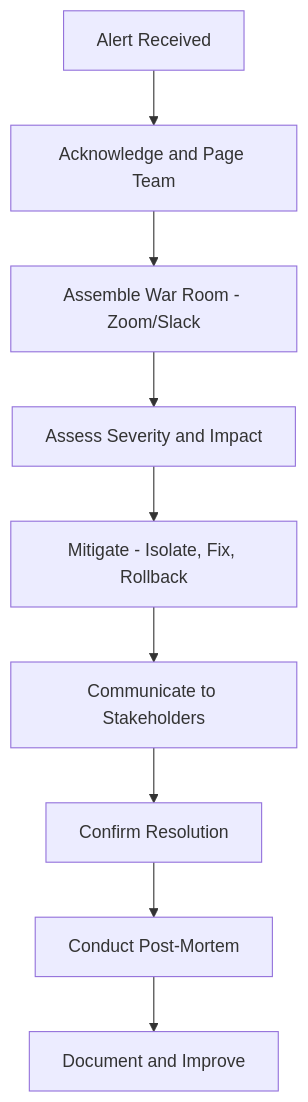
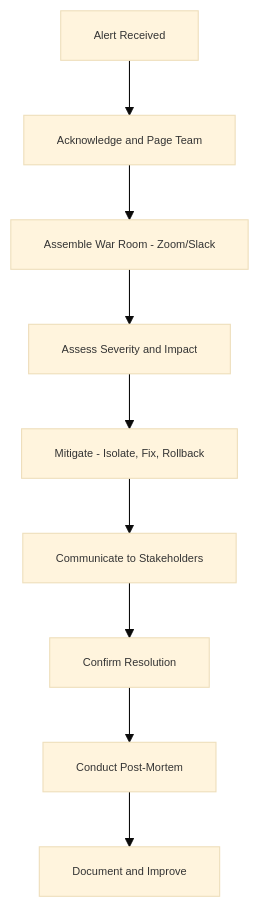
Diagram 22 of 29 in EA_SRE_3_Interview_Prep.md (satishkumar-dhule/EA-SRE-prep), drawn with Mermaid before and after one commit. The commit also changed other lines of this file, not shown here.

````diff
--- a/EA_SRE_3_Interview_Prep.md
+++ b/EA_SRE_3_Interview_Prep.md
@@ -1401,11 +1411,12 @@
 ```mermaid
+%%{init: {'theme': 'base', 'themeVariables': {'fontSize': '10px'}}}%%
 flowchart TD
     Alert[Alert Received] --> Acknowledge[Acknowledge and Page Team]
     Acknowledge --> Assemble[Assemble War Room - Zoom/Slack]
     Assemble --> Assess[Assess Severity and Impact]
     Assess --> Mitigate[Mitigate - Isolate, Fix, Rollback]
     Mitigate --> Communicate[Communicate to Stakeholders]
     Communicate --> Resolve[Confirm Resolution]
     Resolve --> PostMortem[Conduct Post-Mortem]
     PostMortem --> Document[Document and Improve]
 ```
````
